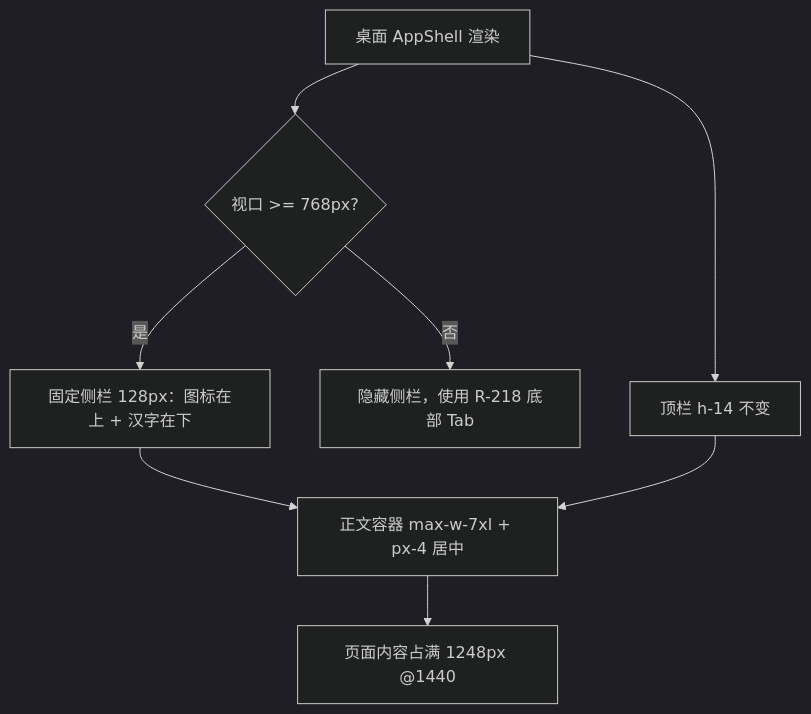
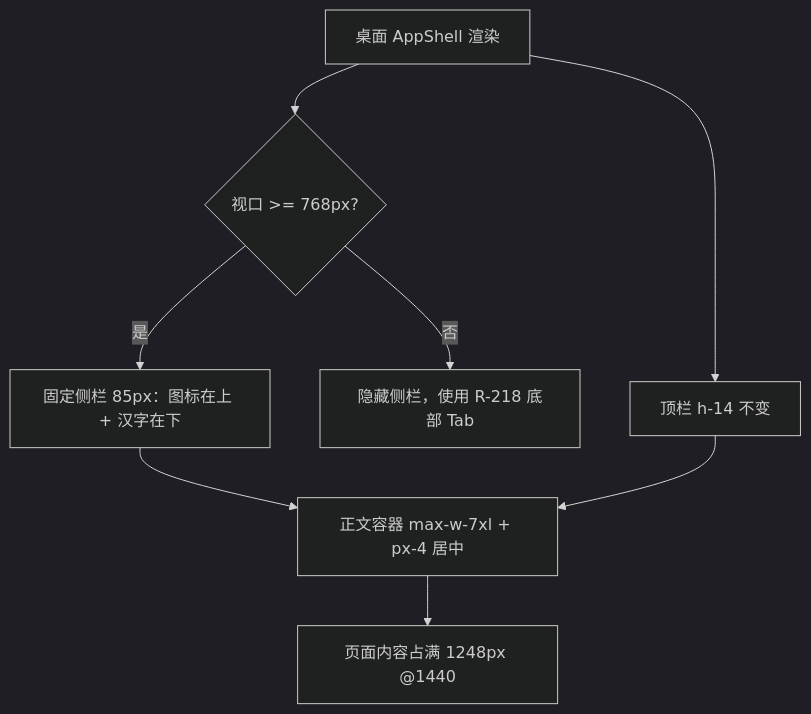
The first of 2 diagrams in development-design/R-256-sidebar-rail-and-content-width.md (981126/echo), drawn with Mermaid (dark theme) before and after one commit. The commit also changed other lines of this file and 6 other files, not shown here.

````diff
--- a/development-design/R-256-sidebar-rail-and-content-width.md
+++ b/development-design/R-256-sidebar-rail-and-content-width.md
@@ -43,10 +43,10 @@
 ```mermaid
 flowchart TD
     A[桌面 AppShell 渲染] --> B{视口 >= 768px?}
-    B -->|是| C[固定侧栏 128px：图标在上 + 汉字在下]
+    B -->|是| C[固定侧栏 85px：图标在上 + 汉字在下]
     B -->|否| D[隐藏侧栏，使用 R-218 底部 Tab]
     C --> E[正文容器 max-w-7xl + px-4 居中]
     E --> F[页面内容占满 1248px @1440]
     A --> G[顶栏 h-14 不变]
     G --> E
 ```
````
